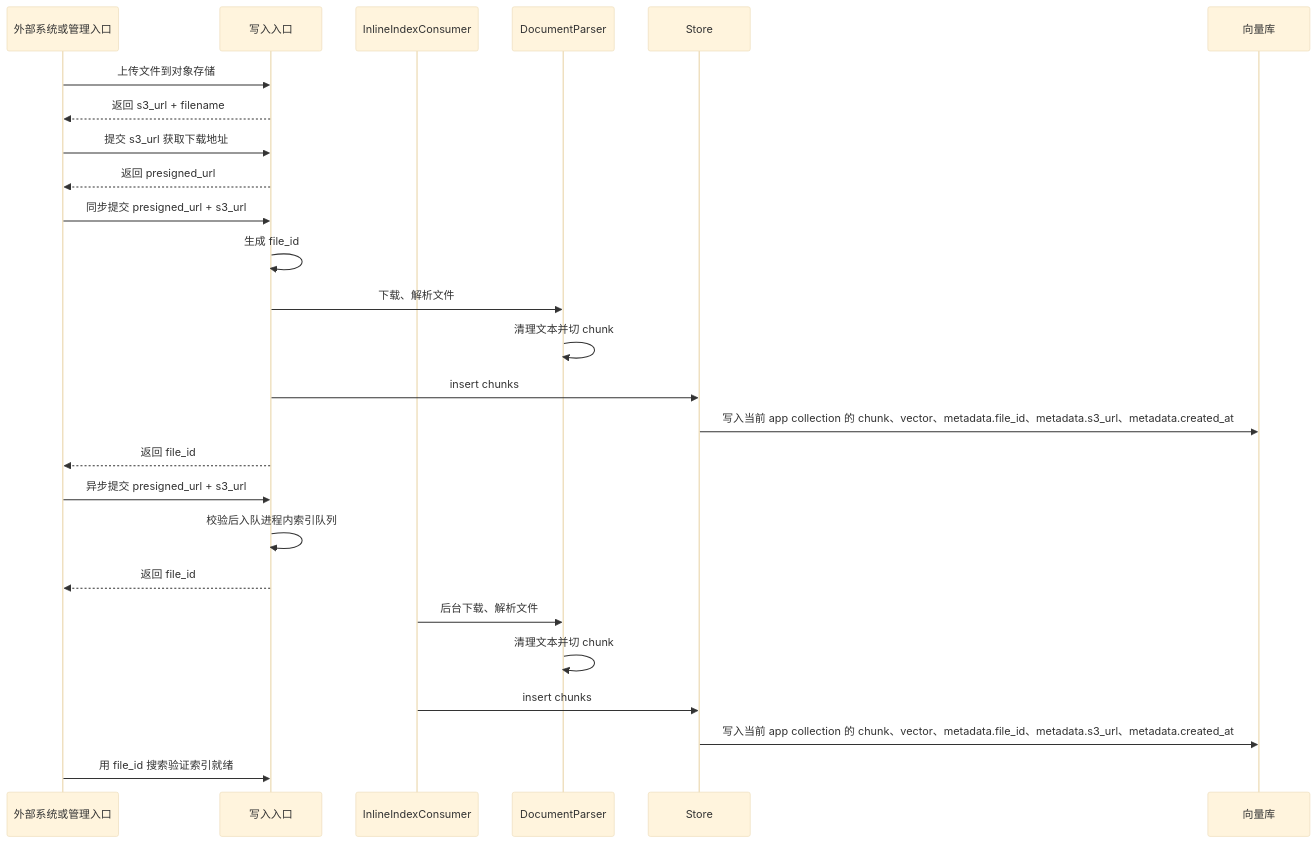
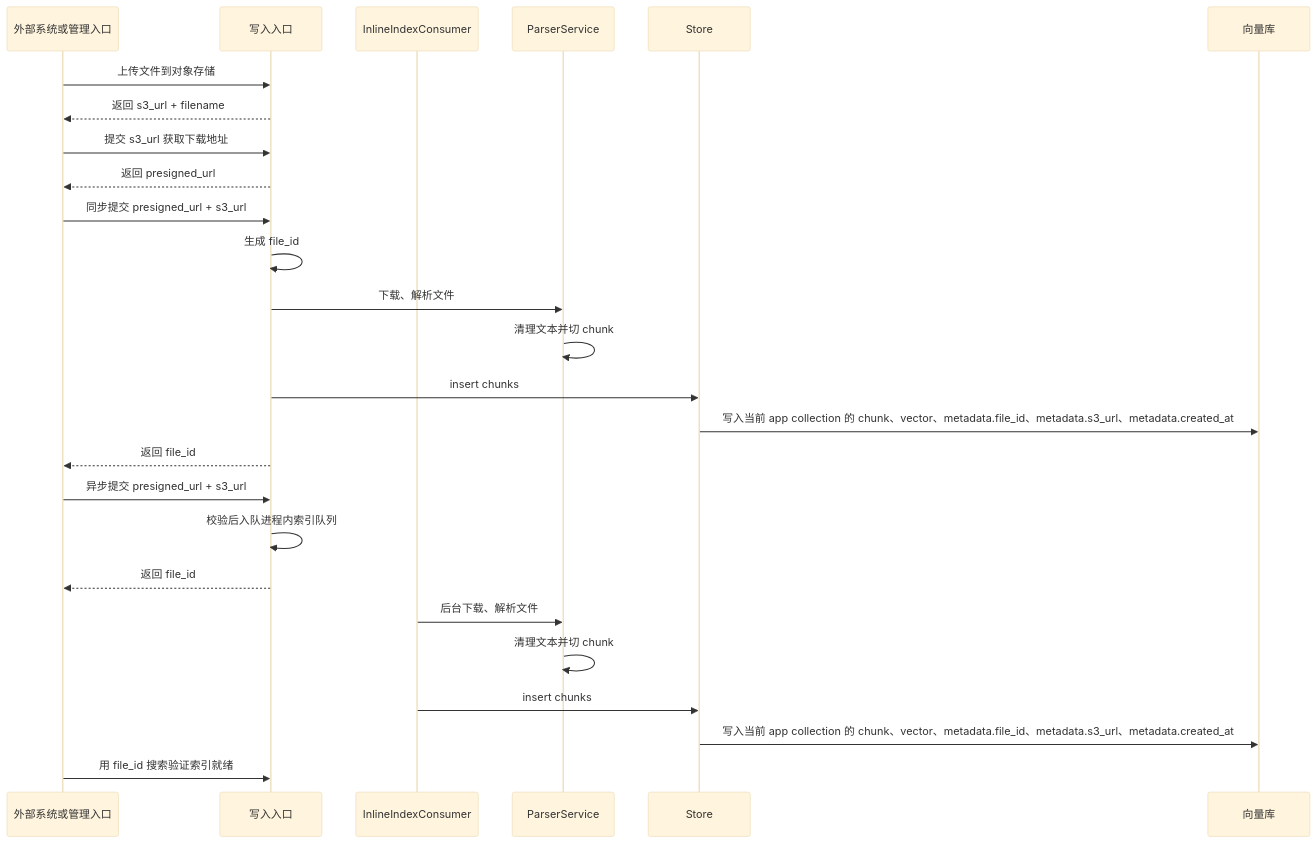
Before and after one commit to guobinqiu/new_brain: the fourth of 6 diagrams in docs/architecture.md, drawn with Mermaid (base theme). The commit also changed other lines of this file and 110 other files, not shown here.

````diff
--- a/docs/architecture.md
+++ b/docs/architecture.md
@@ -168,29 +168,29 @@
 ```mermaid
 sequenceDiagram
   participant Client as 外部系统或管理入口
   participant Entry as 写入入口
   participant Consumer as InlineIndexConsumer
-  participant Parser as DocumentParser
+  participant Parser as ParserService
   participant Store as Store
   participant DB as 向量库
 
   Client->>Entry: 上传文件到对象存储
   Entry-->>Client: 返回 s3_url + filename
   Client->>Entry: 提交 s3_url 获取下载地址
   Entry-->>Client: 返回 presigned_url
   Client->>Entry: 同步提交 presigned_url + s3_url
   Entry->>Entry: 生成 file_id
   Entry->>Parser: 下载、解析文件
   Parser->>Parser: 清理文本并切 chunk
   Entry->>Store: insert chunks
   Store->>DB: 写入当前 app collection 的 chunk、vector、metadata.file_id、metadata.s3_url、metadata.created_at
   Entry-->>Client: 返回 file_id
   Client->>Entry: 异步提交 presigned_url + s3_url
   Entry->>Entry: 校验后入队进程内索引队列
   Entry-->>Client: 返回 file_id
   Consumer->>Parser: 后台下载、解析文件
   Parser->>Parser: 清理文本并切 chunk
   Consumer->>Store: insert chunks
   Store->>DB: 写入当前 app collection 的 chunk、vector、metadata.file_id、metadata.s3_url、metadata.created_at
   Client->>Entry: 用 file_id 搜索验证索引就绪
 ```
````
